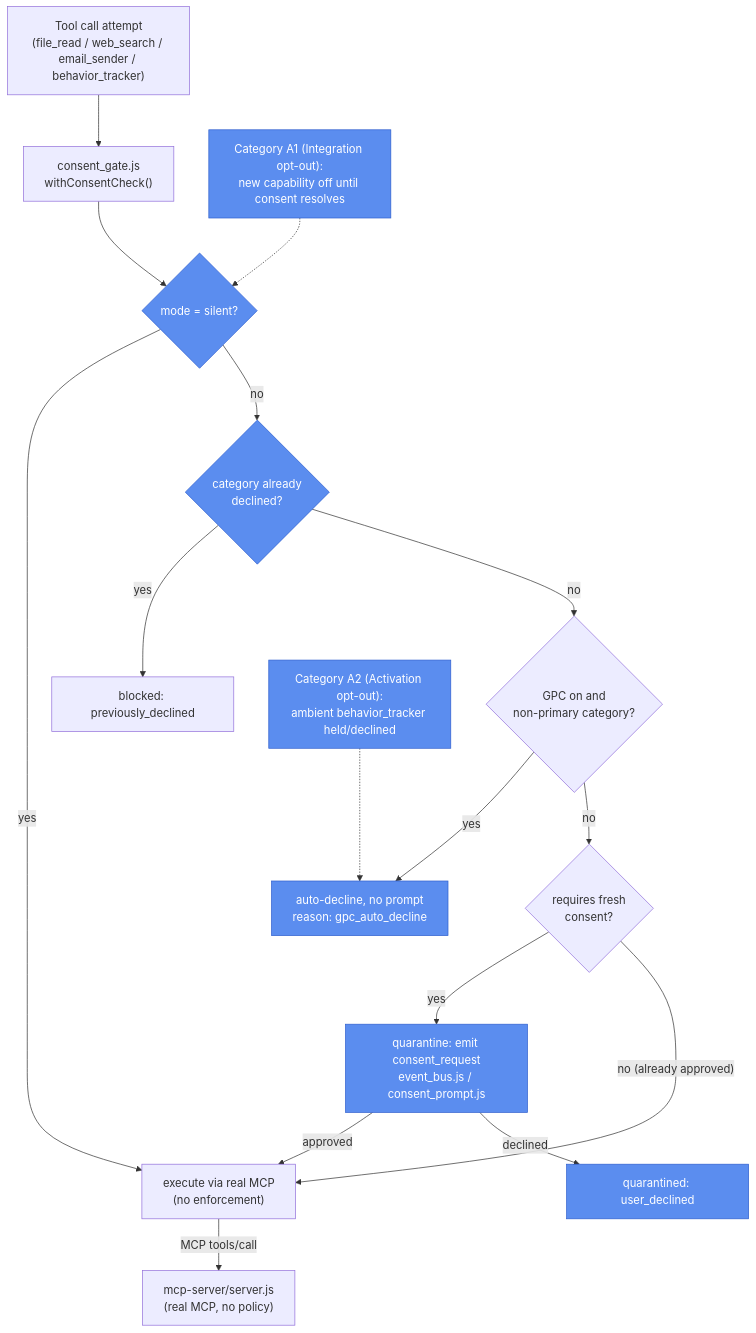
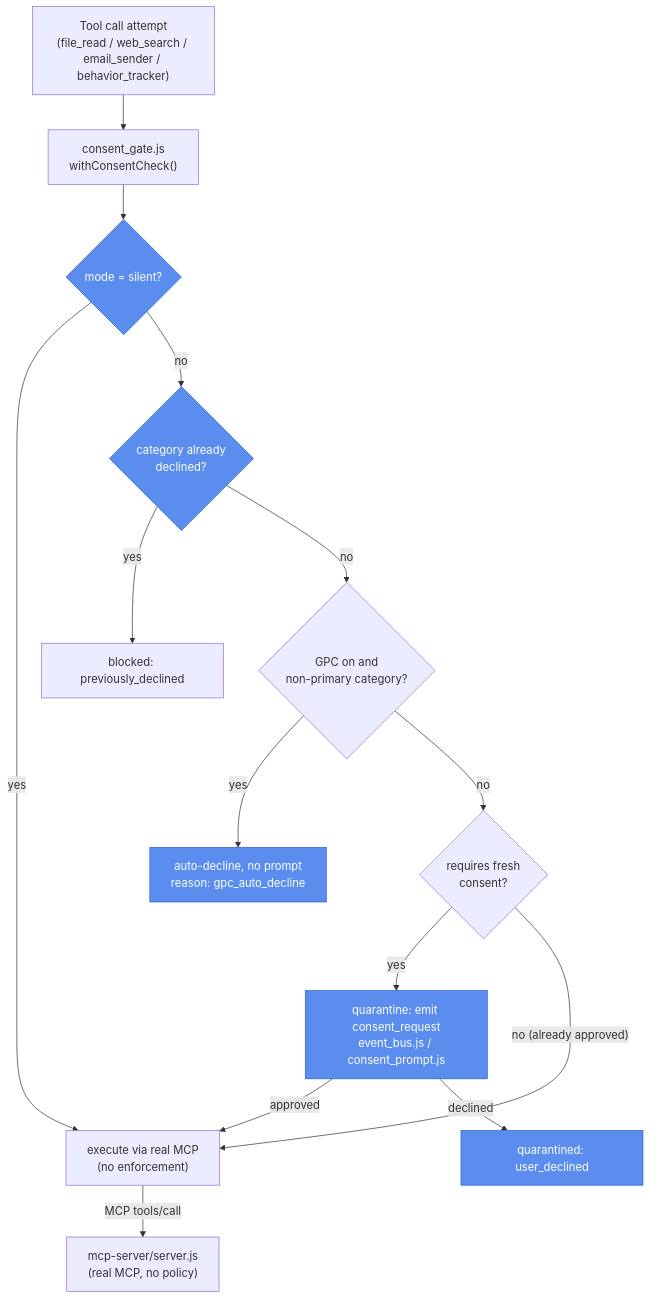
One commit to privacy-tech-lab/gpc-ai-agents-prototypes changed the diagram in prototype-3/README.md. Above: the diagram before and after it, drawn with Mermaid. The commit also changed other lines of this file and 82 other files, not shown here.

````diff
--- a/prototype-3/README.md
+++ b/prototype-3/README.md
@@ -17,22 +17,20 @@
 ```mermaid
 flowchart TD
     T["Tool call attempt\n(file_read / web_search / email_sender / behavior_tracker)"] --> WC["consent_gate.js\nwithConsentCheck()"]
     WC --> M{"mode = silent?"}
     M -- "yes" --> EX["execute via real MCP\n(no enforcement)"]
     M -- "no" --> DEC{"category already\ndeclined?"}
     DEC -- "yes" --> BLK["blocked: previously_declined"]
     DEC -- "no" --> GPC{"GPC on and\nnon-primary category?"}
     GPC -- "yes" --> AUTO["auto-decline, no prompt\nreason: gpc_auto_decline"]
     GPC -- "no" --> FRESH{"requires fresh\nconsent?"}
     FRESH -- "yes" --> Q["quarantine: emit consent_request\nevent_bus.js / consent_prompt.js"]
     Q -- "approved" --> EX
     Q -- "declined" --> QB["quarantined: user_declined"]
     FRESH -- "no (already approved)" --> EX
     EX -- "MCP tools/call" --> SRV["mcp-server/server.js\n(real MCP, no policy)"]
 
-    classDef category fill:#5b8def,stroke:#2f5fce,color:#fff
-    class M,AUTO category
-    class DEC,Q,QB category
-    A1["Category A1 (Integration opt-out):\nnew capability off until consent resolves"]:::category -.-> M
-    A2["Category A2 (Activation opt-out):\nambient behavior_tracker held/declined"]:::category -.-> AUTO
+    classDef enforced fill:#5b8def,stroke:#2f5fce,color:#fff
+    class M,AUTO enforced
+    class DEC,Q,QB enforced
 ```
````
